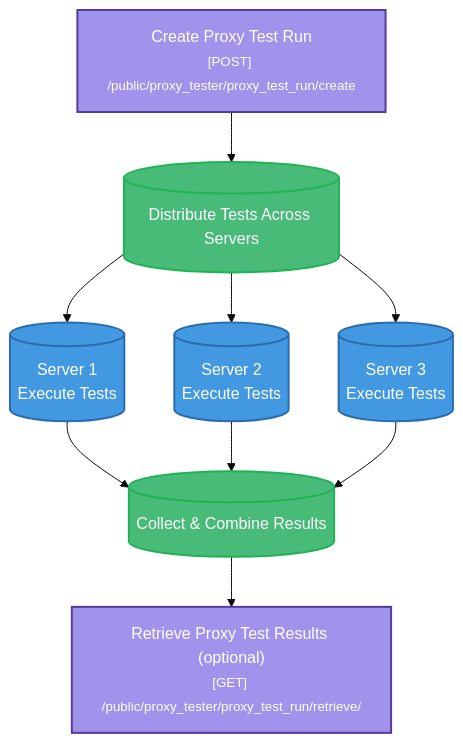
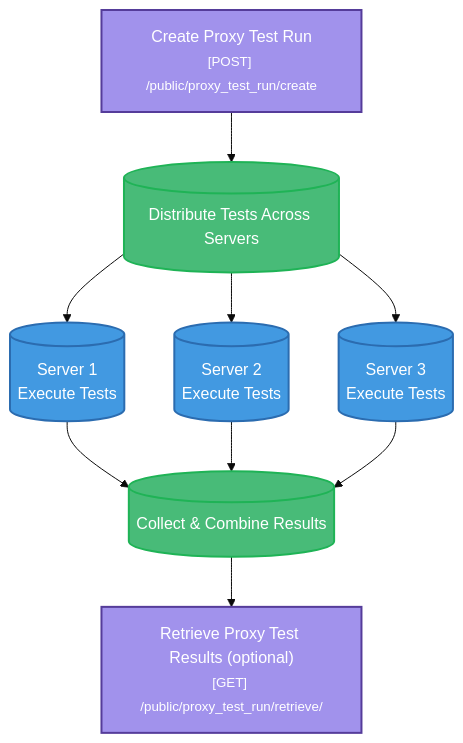
One commit to pingproxies/ping-proxies-public-api-docs changed the diagram in api-explainers/proxy-tester.mdx. Above: the diagram before and after it, drawn with Mermaid (base theme). The commit also changed other lines of this file and 2 other files, not shown here.

Commit message:
updated path

````diff
--- a/api-explainers/proxy-tester.mdx
+++ b/api-explainers/proxy-tester.mdx
@@ -8,24 +8,24 @@
 ```mermaid
 graph TD
-    A["Create Proxy Test Run<br/><small>[POST] /public/proxy_tester/proxy_test_run/create</small>"]:::userAction
+    A["Create Proxy Test Run<br/><small>[POST] /public/proxy_test_run/create</small>"]:::userAction
     A --> B[("Distribute Tests Across Servers")]:::systemAction
     
     B --> C1[("Server 1<br/>Execute Tests")]:::serverAction
     B --> C2[("Server 2<br/>Execute Tests")]:::serverAction
     B --> C3[("Server 3<br/>Execute Tests")]:::serverAction
     
     C1 --> D[("Collect & Combine Results")]:::systemAction
     C2 --> D
     C3 --> D
     
-    D --> E["Retrieve Proxy Test Results (optional)<br/><small>[GET] /public/proxy_tester/proxy_test_run/retrieve/</small>"]:::userAction
+    D --> E["Retrieve Proxy Test Results (optional)<br/><small>[GET] /public/proxy_test_run/retrieve/</small>"]:::userAction
     
     %% User actions styled in purple
     classDef userAction fill:#A192EC,stroke:#553c9a,stroke-width:2px,color:#fff
     
     %% System actions styled as green clouds
     classDef systemAction fill:#48bb78,stroke:#1fb356,stroke-width:2px,color:#fff
     
     %% Server actions styled as blue clouds
     classDef serverAction fill:#4299e1,stroke:#2b6cb0,stroke-width:2px,color:#fff
 ```
````
